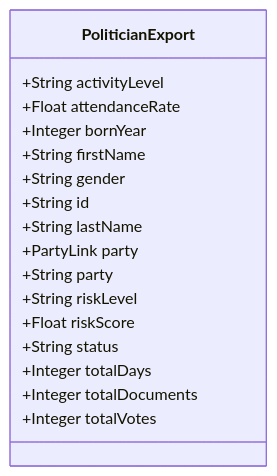
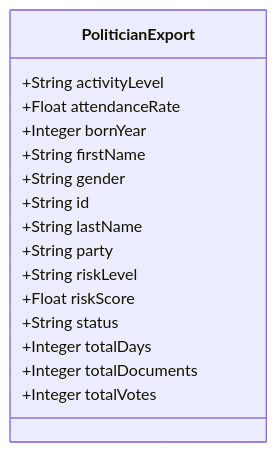
The diagram in json-export-specs/schemas/politician-schema-validated.md (Hack23/cia), drawn with Mermaid before and after one commit. The commit also changed other lines of this file and 11 other files, not shown here.

First line of the commit message:
fix: use composite keys for non-scalar mermaid fields to prevent duplicate-name overwrites

````diff
--- a/json-export-specs/schemas/politician-schema-validated.md
+++ b/json-export-specs/schemas/politician-schema-validated.md
@@ -19,20 +19,19 @@
 ```mermaid
 classDiagram
     class PoliticianExport {
         +String activityLevel
         +Float attendanceRate
         +Integer bornYear
         +String firstName
         +String gender
         +String id
         +String lastName
-        +PartyLink party
         +String party
         +String riskLevel
         +Float riskScore
         +String status
         +Integer totalDays
         +Integer totalDocuments
         +Integer totalVotes
     }
 ```
````
